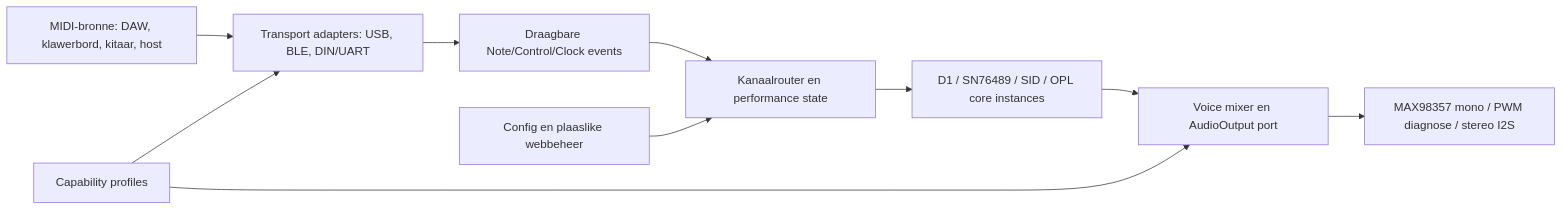
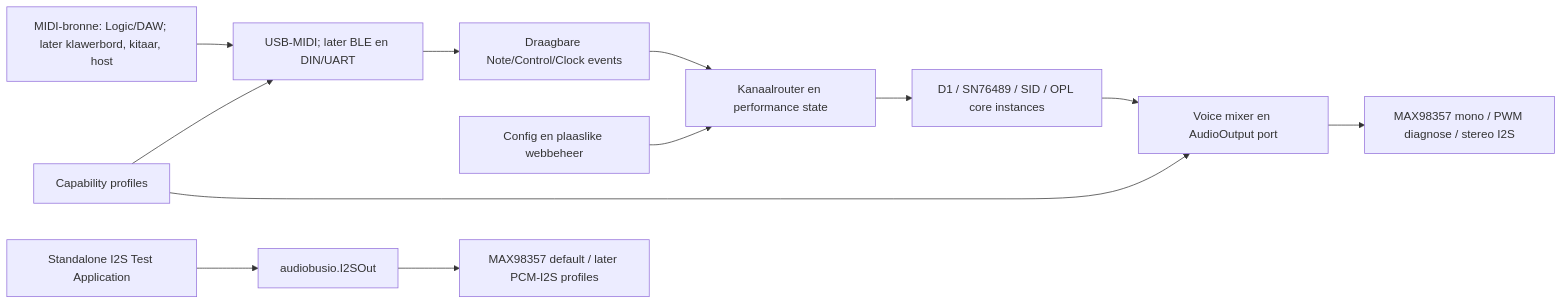
The diagram in docs/framework_engineering/architecture_v0.1.0.md (pappavis/circuitpython-midi-chip-platform), drawn with Mermaid before and after one commit. The commit also changed other lines of this file and 15 other files, not shown here.

````diff
--- a/docs/framework_engineering/architecture_v0.1.0.md
+++ b/docs/framework_engineering/architecture_v0.1.0.md
@@ -25,12 +25,14 @@
 ```mermaid
 flowchart LR
-  A["MIDI-bronne: DAW, klawerbord, kitaar, host"] --> B["Transport adapters: USB, BLE, DIN/UART"]
+  A["MIDI-bronne: Logic/DAW; later klawerbord, kitaar, host"] --> B["USB-MIDI; later BLE en DIN/UART"]
   B --> C["Draagbare Note/Control/Clock events"]
   C --> D["Kanaalrouter en performance state"]
   D --> E["D1 / SN76489 / SID / OPL core instances"]
   E --> F["Voice mixer en AudioOutput port"]
   F --> G["MAX98357 mono / PWM diagnose / stereo I2S"]
   H["Config en plaaslike webbeheer"] --> D
   I["Capability profiles"] --> B
   I --> F
+  J["Standalone I2S Test Application"] --> K["audiobusio.I2SOut"]
+  K --> L["MAX98357 default / later PCM-I2S profiles"]
 ```
````
